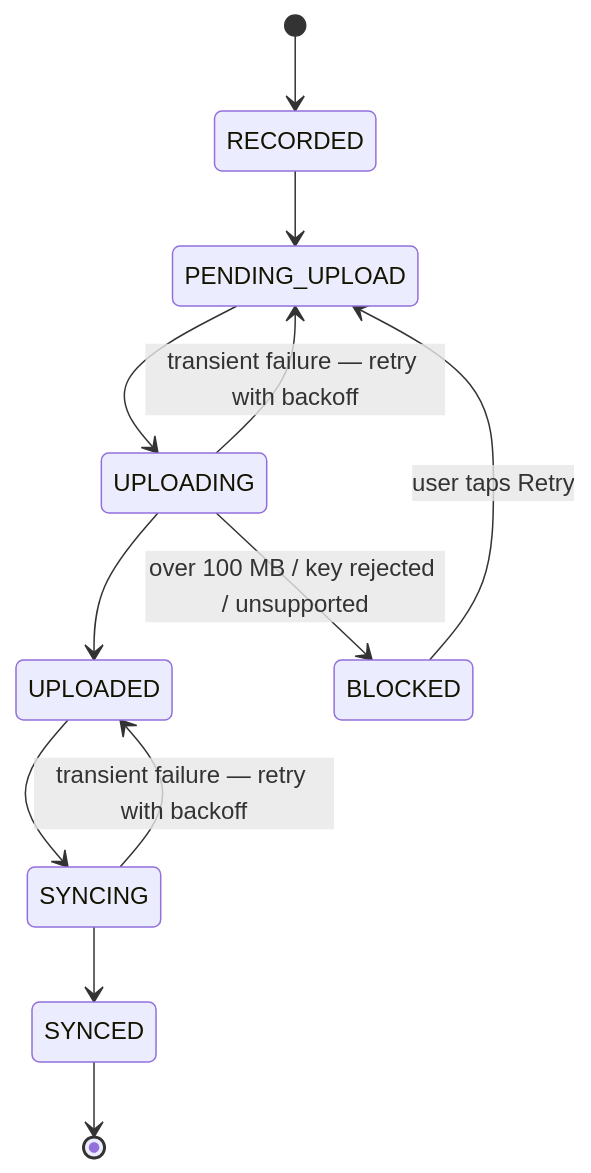
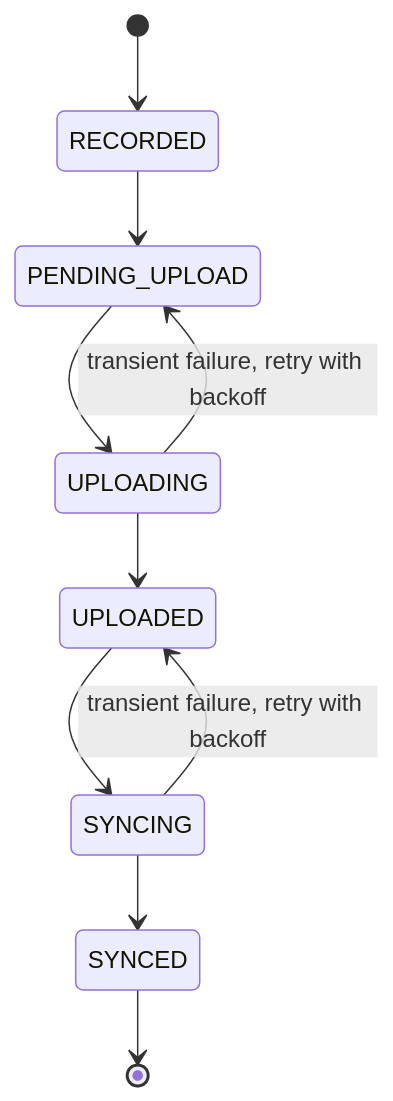
Before and after one commit to aoneahsan/callvault-docs: the diagram in docs/architecture/pipeline.md, drawn with Mermaid. The commit also changed other lines of this file and 24 other files, not shown here.

First line of the commit message:
docs: 1.3.0 content — install, backup, plans and family, admin, FAQ, troubleshooting, architecture, changelog, blog

````diff
--- a/docs/architecture/pipeline.md
+++ b/docs/architecture/pipeline.md
@@ -17,15 +15,13 @@
 ```mermaid
 stateDiagram-v2
     [*] --> RECORDED
     RECORDED --> PENDING_UPLOAD
     PENDING_UPLOAD --> UPLOADING
     UPLOADING --> UPLOADED
     UPLOADED --> SYNCING
     SYNCING --> SYNCED
     SYNCED --> [*]
 
-    UPLOADING --> PENDING_UPLOAD: transient failure — retry with backoff
-    SYNCING --> UPLOADED: transient failure — retry with backoff
-    UPLOADING --> BLOCKED: over 100 MB / key rejected / unsupported
-    BLOCKED --> PENDING_UPLOAD: user taps Retry
+    UPLOADING --> PENDING_UPLOAD: transient failure, retry with backoff
+    SYNCING --> UPLOADED: transient failure, retry with backoff
 ```
````
